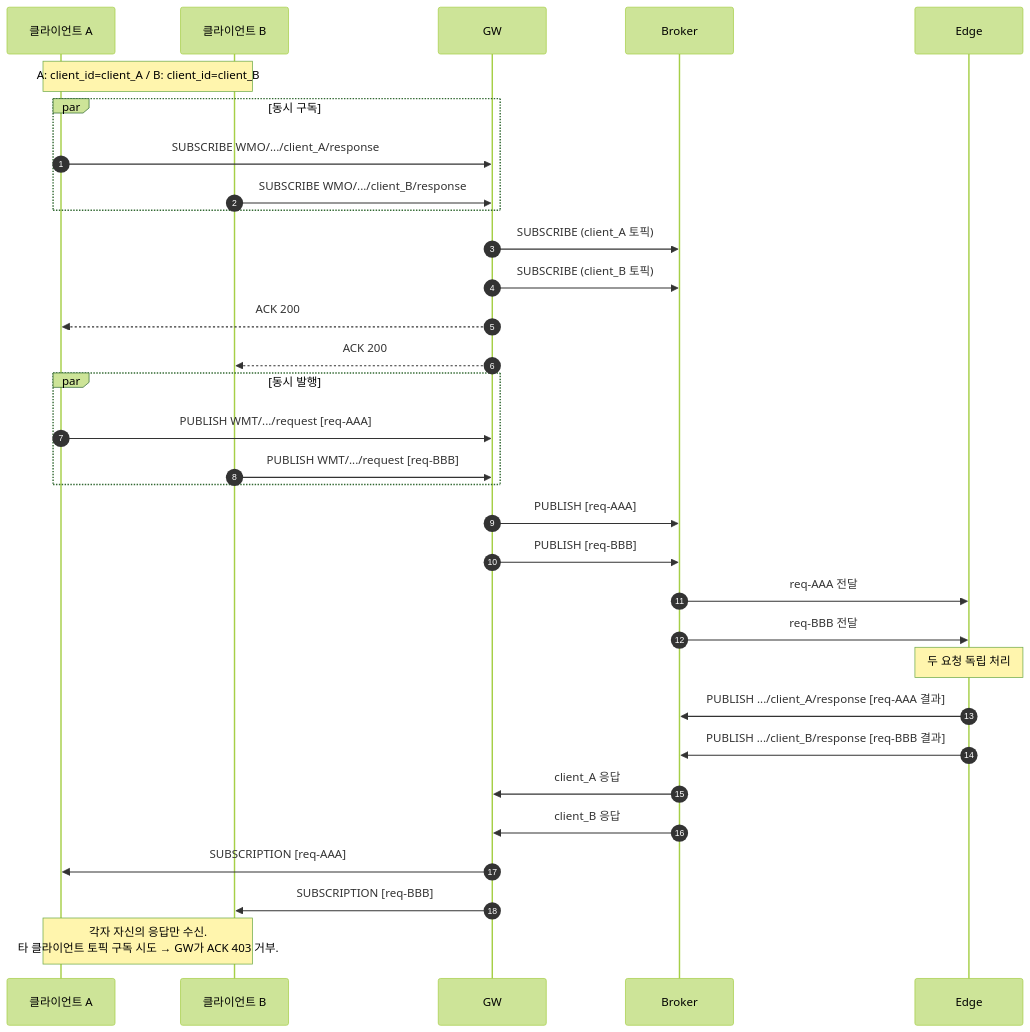
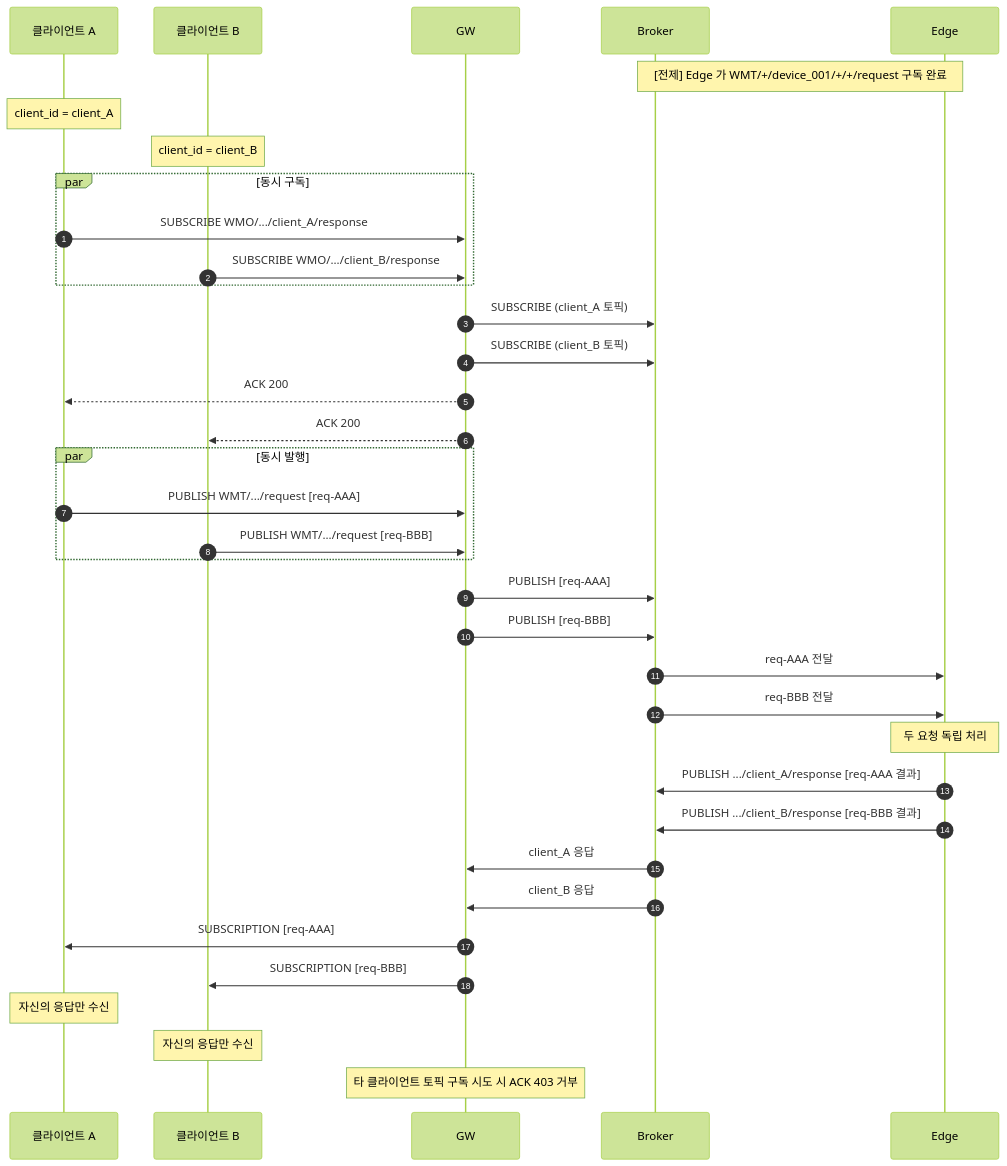
One commit to DongEunKim/MQTT-WSS-API changed diagram 12 of 12 in docs/RPC_SEQUENCE_DIAGRAMS.md. Above: the diagram before and after it, drawn with Mermaid (forest theme). The commit also changed other lines of this file, not shown here.

First line of the commit message:
docs: 시퀀스 다이어그램 시인성 개선 및 모든 패턴에 Edge 사전 구독 전제 추가

````diff
--- a/docs/RPC_SEQUENCE_DIAGRAMS.md
+++ b/docs/RPC_SEQUENCE_DIAGRAMS.md
@@ -443,41 +473,45 @@
 ```mermaid
 sequenceDiagram
     autonumber
     participant A as 클라이언트 A
     participant B as 클라이언트 B
     participant GW
     participant Broker
     participant Edge
 
-    Note over A,B: A: client_id=client_A / B: client_id=client_B
+    Note over Edge,Broker: [전제] Edge 가 WMT/+/device_001/+/+/request 구독 완료
+    Note over A: client_id = client_A
+    Note over B: client_id = client_B
 
     par 동시 구독
         A->>GW: SUBSCRIBE WMO/.../client_A/response
         B->>GW: SUBSCRIBE WMO/.../client_B/response
     end
     GW->>Broker: SUBSCRIBE (client_A 토픽)
     GW->>Broker: SUBSCRIBE (client_B 토픽)
     GW-->>A: ACK 200
     GW-->>B: ACK 200
 
     par 동시 발행
         A->>GW: PUBLISH WMT/.../request [req-AAA]
         B->>GW: PUBLISH WMT/.../request [req-BBB]
     end
     GW->>Broker: PUBLISH [req-AAA]
     GW->>Broker: PUBLISH [req-BBB]
     Broker->>Edge: req-AAA 전달
     Broker->>Edge: req-BBB 전달
 
     Note over Edge: 두 요청 독립 처리
 
     Edge->>Broker: PUBLISH .../client_A/response [req-AAA 결과]
     Edge->>Broker: PUBLISH .../client_B/response [req-BBB 결과]
 
     Broker->>GW: client_A 응답
     Broker->>GW: client_B 응답
     GW->>A: SUBSCRIPTION [req-AAA]
     GW->>B: SUBSCRIPTION [req-BBB]
 
-    Note over A,B: 각자 자신의 응답만 수신.<br/>타 클라이언트 토픽 구독 시도 → GW가 ACK 403 거부.
+    Note over A: 자신의 응답만 수신
+    Note over B: 자신의 응답만 수신
+    Note over GW: 타 클라이언트 토픽 구독 시도 시 ACK 403 거부
 ```
````
